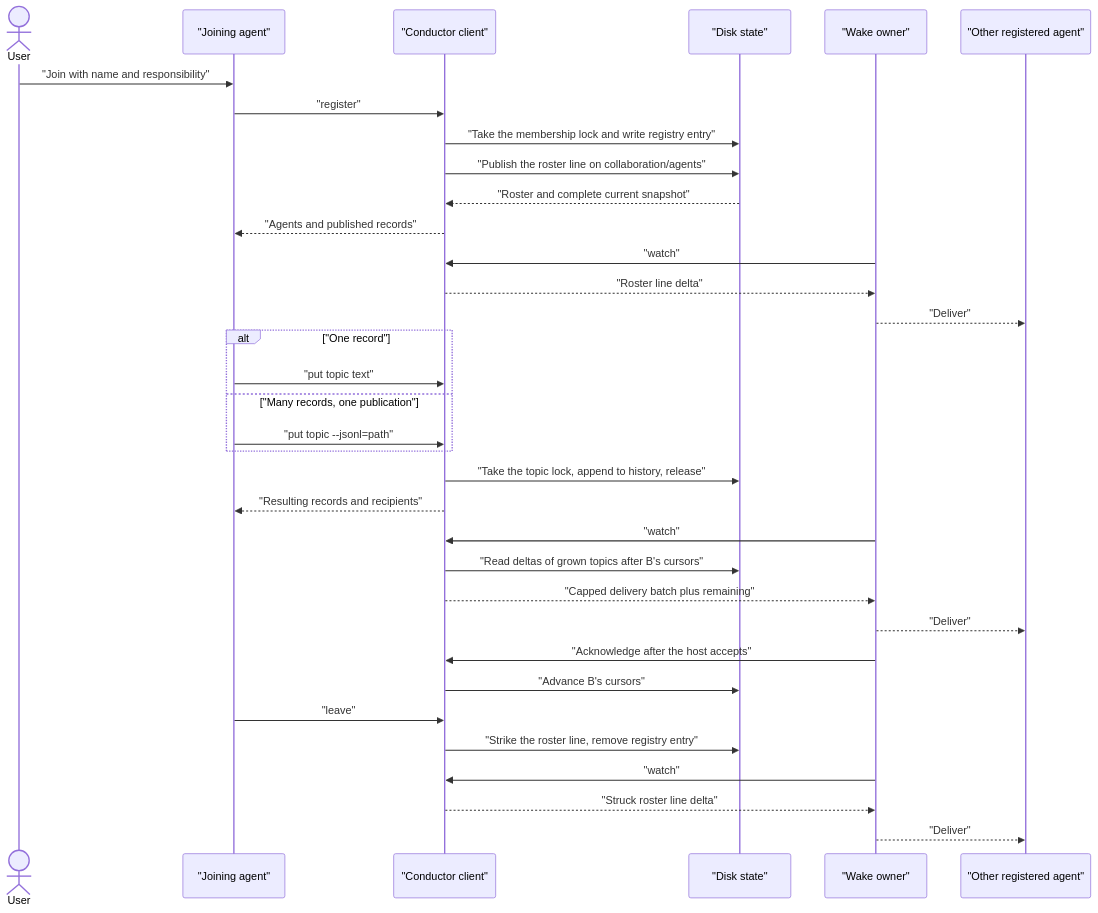
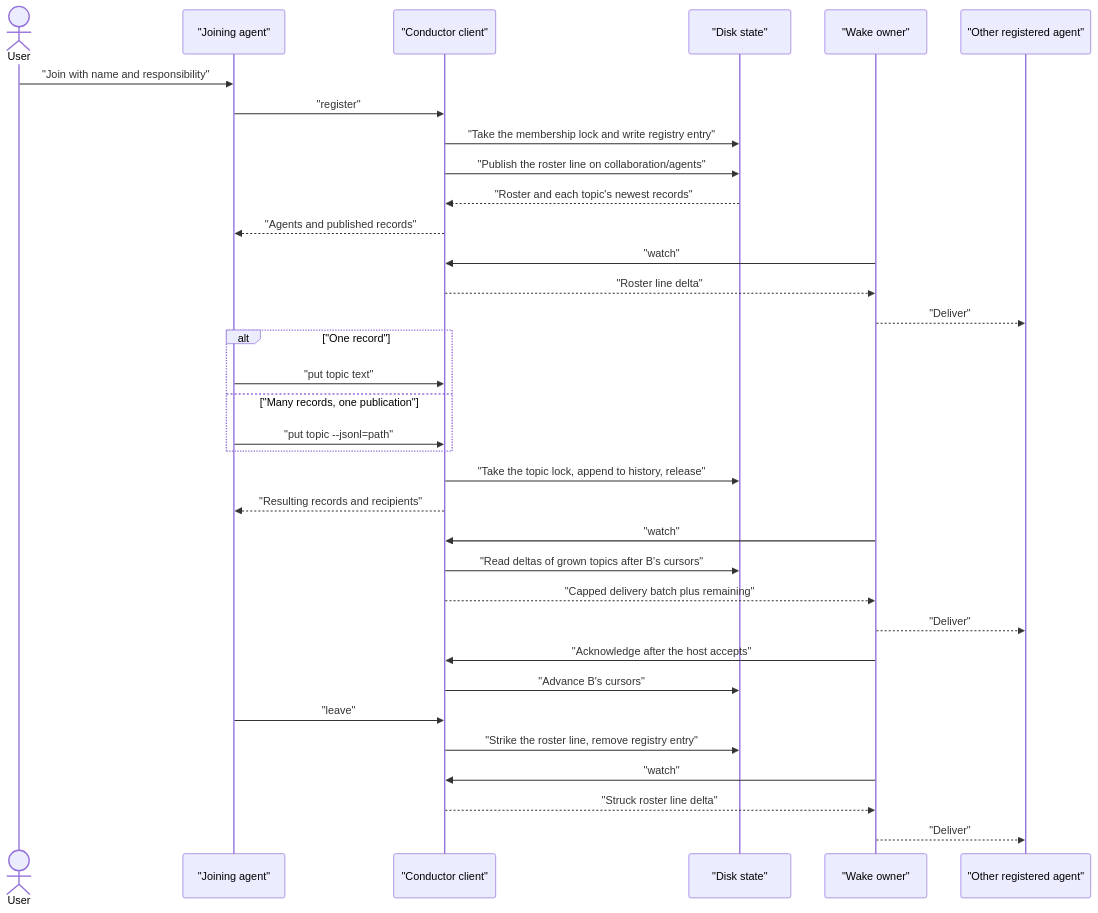
The second of 5 diagrams in docs/activity-diagrams.md (danlavee/Conductor), drawn with Mermaid before and after one commit. The commit also changed 8 other files, not shown here.

First line of the commit message:
feat(state)!: cap full reads and join to each topic's newest records

````diff
--- a/docs/activity-diagrams.md
+++ b/docs/activity-diagrams.md
@@ -16,41 +16,41 @@
 ```mermaid
 sequenceDiagram
     actor User
     participant A as "Joining agent"
     participant C as "Conductor client"
     participant D as "Disk state"
     participant W as "Wake owner"
     participant B as "Other registered agent"
 
     User->>A: "Join with name and responsibility"
     A->>C: "register"
     C->>D: "Take the membership lock and write registry entry"
     C->>D: "Publish the roster line on collaboration/agents"
-    D-->>C: "Roster and complete current snapshot"
+    D-->>C: "Roster and each topic's newest records"
     C-->>A: "Agents and published records"
     W->>C: "watch"
     C-->>W: "Roster line delta"
     W-->>B: "Deliver"
 
     alt "One record"
         A->>C: "put topic text"
     else "Many records, one publication"
         A->>C: "put topic --jsonl=path"
     end
 
     C->>D: "Take the topic lock, append to history, release"
     C-->>A: "Resulting records and recipients"
 
     W->>C: "watch"
     C->>D: "Read deltas of grown topics after B's cursors"
     C-->>W: "Capped delivery batch plus remaining"
     W-->>B: "Deliver"
     W->>C: "Acknowledge after the host accepts"
     C->>D: "Advance B's cursors"
 
     A->>C: "leave"
     C->>D: "Strike the roster line, remove registry entry"
     W->>C: "watch"
     C-->>W: "Struck roster line delta"
     W-->>B: "Deliver"
 ```
````
